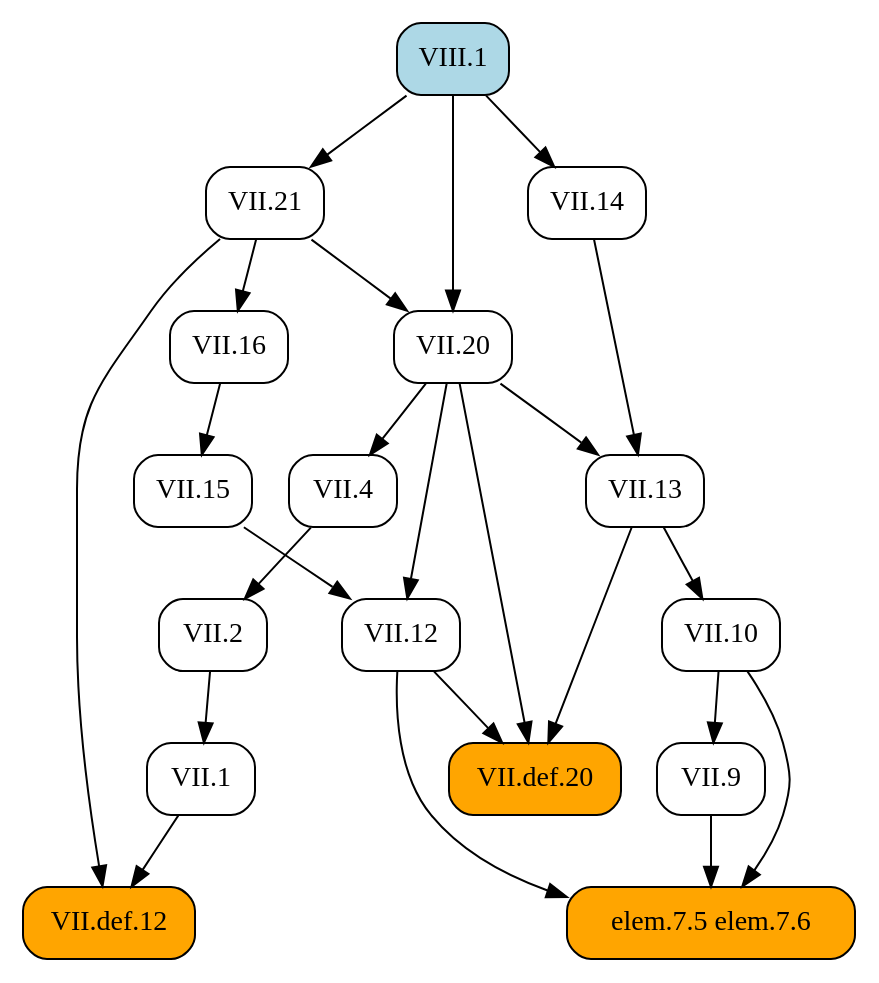
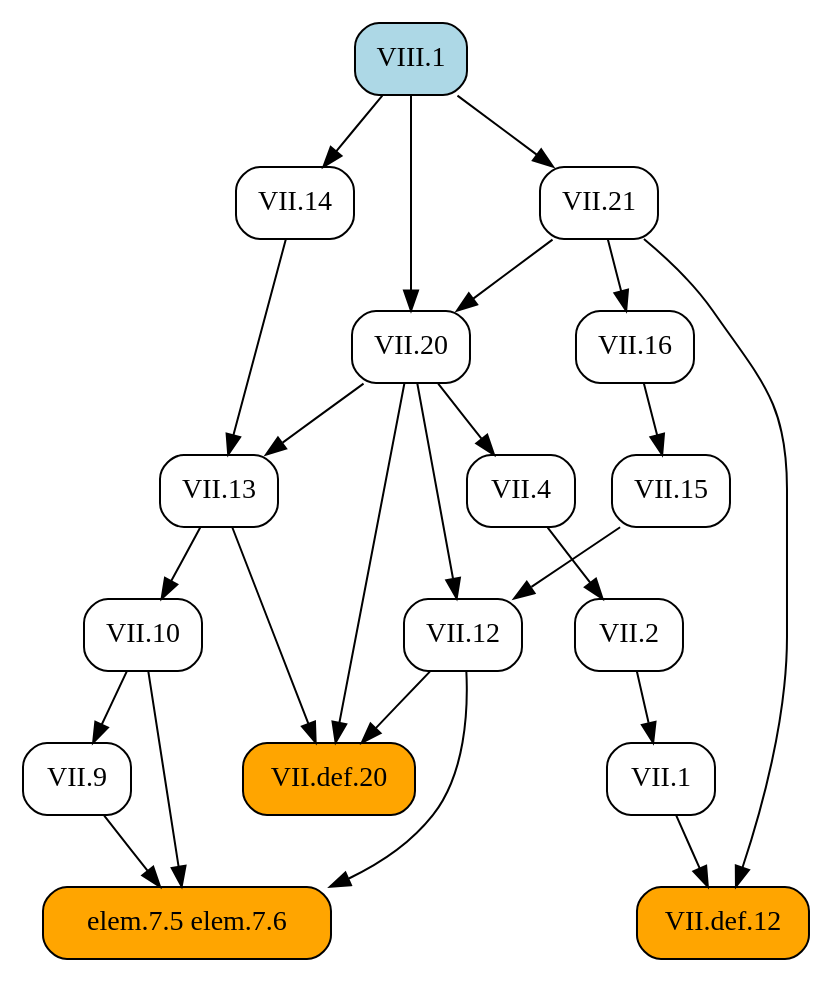
One commit to geometor/elements changed the diagram in docsrc/heath/VIII/1/index.rst. Above: the diagram before and after it, drawn with Graphviz. The commit also changed other lines of this file and 1029 other files, not shown here.

```diff
--- a/docsrc/heath/VIII/1/index.rst
+++ b/docsrc/heath/VIII/1/index.rst
@@ -42,45 +42,45 @@
 .. graphviz::
 
    digraph {
      rankdir="TB";
      node [shape=box, style=rounded];
+     "elem.7.5 elem.7.6" [style="rounded,filled", fillcolor=orange];
      "VII.20" [URL="/heath/VII/20/", target="_top"];
+     "VII.def.12" [style="rounded,filled", fillcolor=orange, URL="/heath/VII/def.12/", target="_top"];
+     "VII.1" [URL="/heath/VII/1/", target="_top"];
+     "VII.14" [URL="/heath/VII/14/", target="_top"];
+     "VII.10" [URL="/heath/VII/10/", target="_top"];
+     "VII.9" [URL="/heath/VII/9/", target="_top"];
+     "VII.13" [URL="/heath/VII/13/", target="_top"];
+     "VII.2" [URL="/heath/VII/2/", target="_top"];
+     "VIII.1" [style="rounded,filled", fillcolor=lightblue, URL="/heath/VIII/1/", target="_top"];
+     "VII.16" [URL="/heath/VII/16/", target="_top"];
+     "VII.12" [URL="/heath/VII/12/", target="_top"];
      "VII.4" [URL="/heath/VII/4/", target="_top"];
-     "VII.def.12" [style="rounded,filled", fillcolor=orange, URL="/heath/VII/def.12/", target="_top"];
-     "VII.12" [URL="/heath/VII/12/", target="_top"];
      "VII.15" [URL="/heath/VII/15/", target="_top"];
-     "VII.2" [URL="/heath/VII/2/", target="_top"];
-     "VII.9" [URL="/heath/VII/9/", target="_top"];
+     "VII.21" [URL="/heath/VII/21/", target="_top"];
      "VII.def.20" [style="rounded,filled", fillcolor=orange, URL="/heath/VII/def.20/", target="_top"];
-     "elem.7.5 elem.7.6" [style="rounded,filled", fillcolor=orange];
-     "VII.14" [URL="/heath/VII/14/", target="_top"];
-     "VII.13" [URL="/heath/VII/13/", target="_top"];
-     "VII.16" [URL="/heath/VII/16/", target="_top"];
-     "VII.1" [URL="/heath/VII/1/", target="_top"];
-     "VIII.1" [style="rounded,filled", fillcolor=lightblue, URL="/heath/VIII/1/", target="_top"];
-     "VII.10" [URL="/heath/VII/10/", target="_top"];
-     "VII.21" [URL="/heath/VII/21/", target="_top"];
+     "VII.9" -> "elem.7.5 elem.7.6";
+     "VII.10" -> "elem.7.5 elem.7.6";
+     "VII.12" -> "elem.7.5 elem.7.6";
      "VII.21" -> "VII.20";
      "VIII.1" -> "VII.20";
-     "VII.20" -> "VII.4";
      "VII.1" -> "VII.def.12";
      "VII.21" -> "VII.def.12";
+     "VII.2" -> "VII.1";
+     "VIII.1" -> "VII.14";
+     "VII.13" -> "VII.10";
+     "VII.10" -> "VII.9";
+     "VII.14" -> "VII.13";
+     "VII.20" -> "VII.13";
+     "VII.4" -> "VII.2";
+     "VII.21" -> "VII.16";
      "VII.15" -> "VII.12";
      "VII.20" -> "VII.12";
+     "VII.20" -> "VII.4";
      "VII.16" -> "VII.15";
-     "VII.4" -> "VII.2";
-     "VII.10" -> "VII.9";
+     "VIII.1" -> "VII.21";
      "VII.12" -> "VII.def.20";
      "VII.13" -> "VII.def.20";
      "VII.20" -> "VII.def.20";
-     "VII.9" -> "elem.7.5 elem.7.6";
-     "VII.10" -> "elem.7.5 elem.7.6";
-     "VII.12" -> "elem.7.5 elem.7.6";
-     "VIII.1" -> "VII.14";
-     "VII.14" -> "VII.13";
-     "VII.20" -> "VII.13";
-     "VII.21" -> "VII.16";
-     "VII.2" -> "VII.1";
-     "VII.13" -> "VII.10";
-     "VIII.1" -> "VII.21";
    }
```
